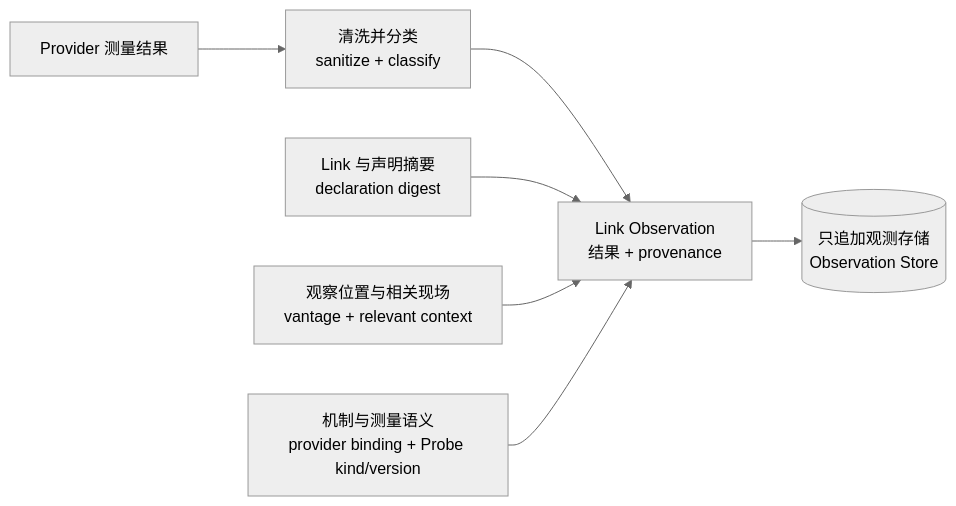
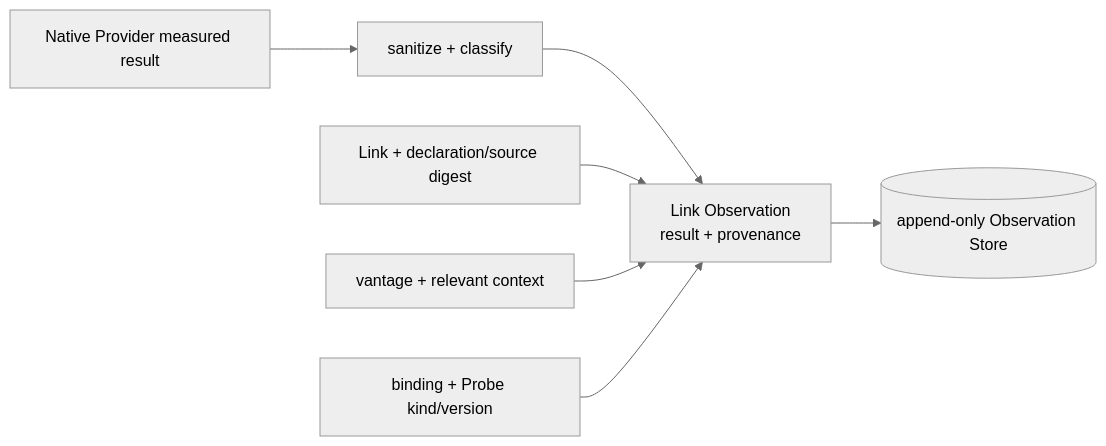
One commit to SWdrift/locus-link changed the third of 3 diagrams in documents/design/base-数据设计.md. Above: the diagram before and after it, drawn with Mermaid (neutral theme). The commit also changed other lines of this file and 8 other files, not shown here.

````diff
--- a/documents/design/base-数据设计.md
+++ b/documents/design/base-数据设计.md
@@ -134,9 +155,9 @@
 ```mermaid
 flowchart LR
-    MEASURED["Provider 测量结果"] --> CLEAN["清洗并分类\nsanitize + classify"]
-    CLEAN --> RECORD["Link Observation\n结果 + provenance"]
-    DECL["Link 与声明摘要\ndeclaration digest"] --> RECORD
-    CTX["观察位置与相关现场\nvantage + relevant context"] --> RECORD
-    SEM["机制与测量语义\nprovider binding + Probe kind/version"] --> RECORD
-    RECORD --> STORE[("只追加观测存储\nObservation Store")]
+    MEASURED["Native Provider measured result"] --> CLEAN["sanitize + classify"]
+    CLEAN --> RECORD["Link Observation\nresult + provenance"]
+    DECL["Link + declaration/source digest"] --> RECORD
+    CTX["vantage + relevant context"] --> RECORD
+    SEM["binding + Probe kind/version"] --> RECORD
+    RECORD --> STORE[("append-only Observation Store")]
 ```
````
